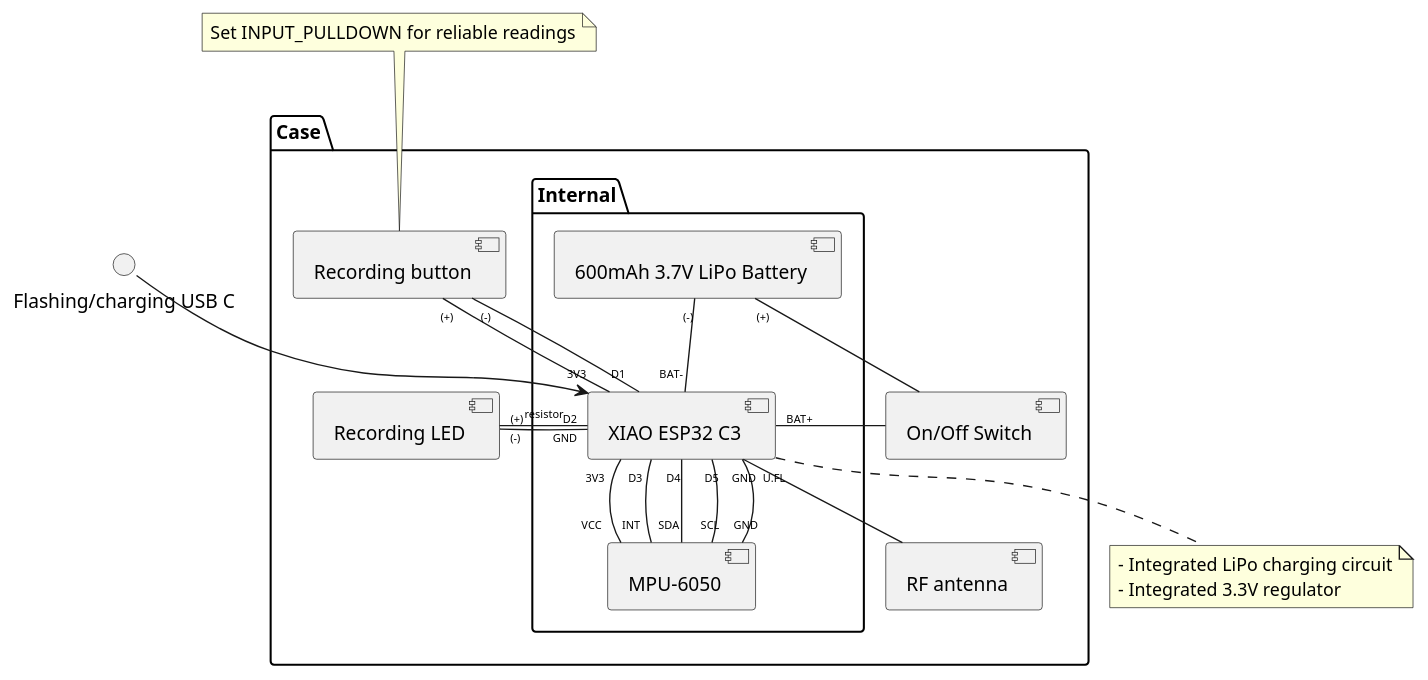
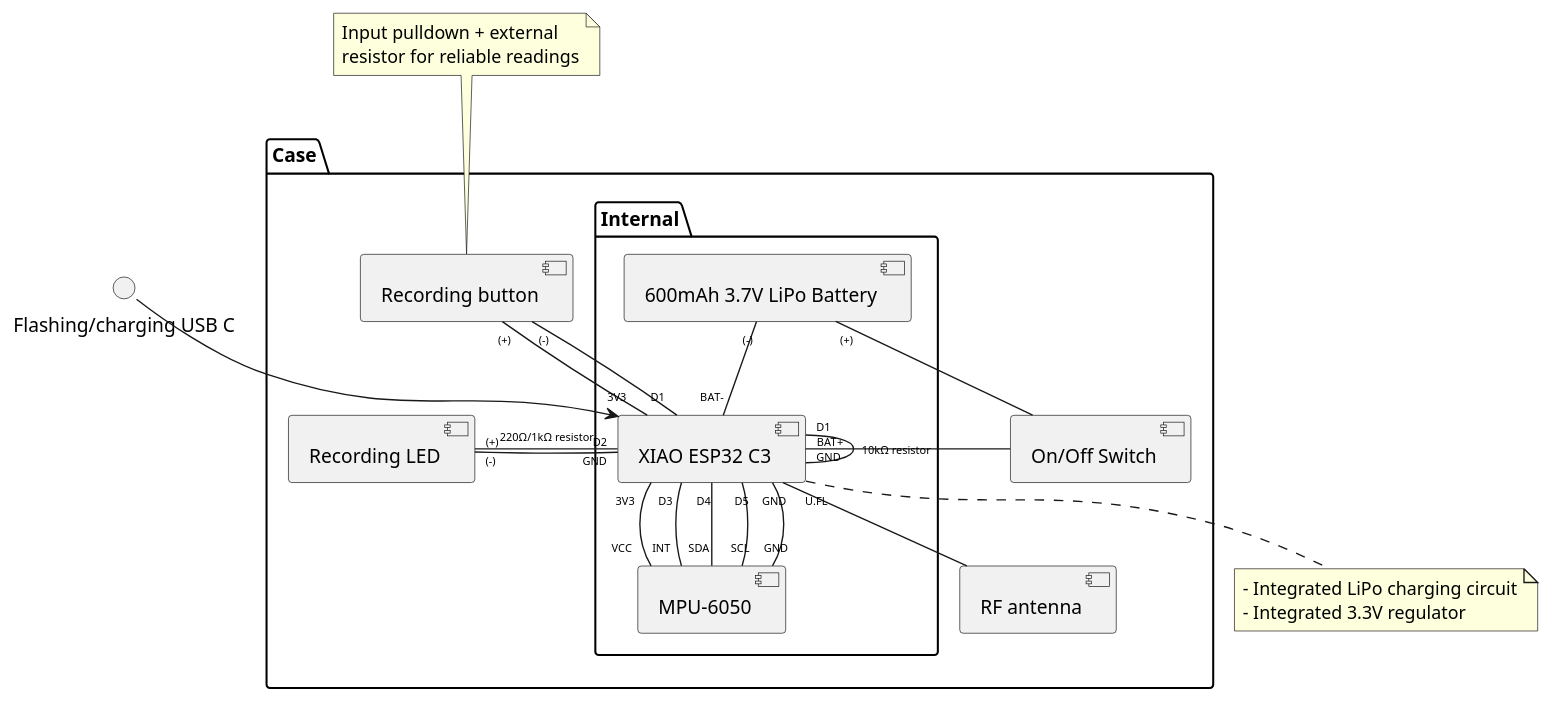
The diagram in docs/schematics/xiao-esp32-c3.puml (FedericoPacheco/gym-imu), drawn with PlantUML before and after one commit. The commit also changed 7 other files, not shown here.

```diff
--- a/docs/schematics/xiao-esp32-c3.puml
+++ b/docs/schematics/xiao-esp32-c3.puml
@@ -3,49 +3,53 @@
 @startuml New Schematic
 ' Smaller arrow labels to reduce collisions
 skinparam ArrowFontSize 8 
 
 package "Case" {
     package "Internal" {
         component [600mAh 3.7V LiPo Battery] as battery
         component [XIAO ESP32 C3] as microcontroller
         component [MPU-6050] as sensor
     }
     ' package "Surface" {
         component [On/Off Switch] as switch 
         component [RF antenna] as antenna
         component [Recording button] as button
         component [Recording LED] as led
     ' }
 }
 
 ' Power
 battery "(+)" -- switch
 switch -- "BAT+" microcontroller
 battery "(-)" -- "BAT-" microcontroller
 
 note bottom of microcontroller
   - Integrated LiPo charging circuit
   - Integrated 3.3V regulator
 end note
 
 ' Microcontroller + IMU
 microcontroller "3V3" -- "VCC" sensor
 microcontroller "D3" -- "INT" sensor
 microcontroller "D4" -- "SDA" sensor
 microcontroller "D5" -- "SCL" sensor
 microcontroller "GND" -- "GND" sensor
 "Flashing/charging USB C" --> microcontroller
 
 ' Movement recording
 button "(+)"-right- "3V3" microcontroller
 button "(-)" -right- "D1" microcontroller
-led "(+)" -right- "D2" microcontroller: resistor
+microcontroller "D1" -- "GND" microcontroller: 10kΩ resistor
+led "(+)" -right- "D2" microcontroller: 220Ω/1kΩ resistor
 led "(-)" -right- "GND" microcontroller
 
-note top of button: Set INPUT_PULLDOWN for reliable readings
+note top of button
+    Input pulldown + external 
+    resistor for reliable readings
+end note
 button -[hidden]- led
 
 ' BLE 
 microcontroller "U.FL" -- antenna
 
 @enduml
```
